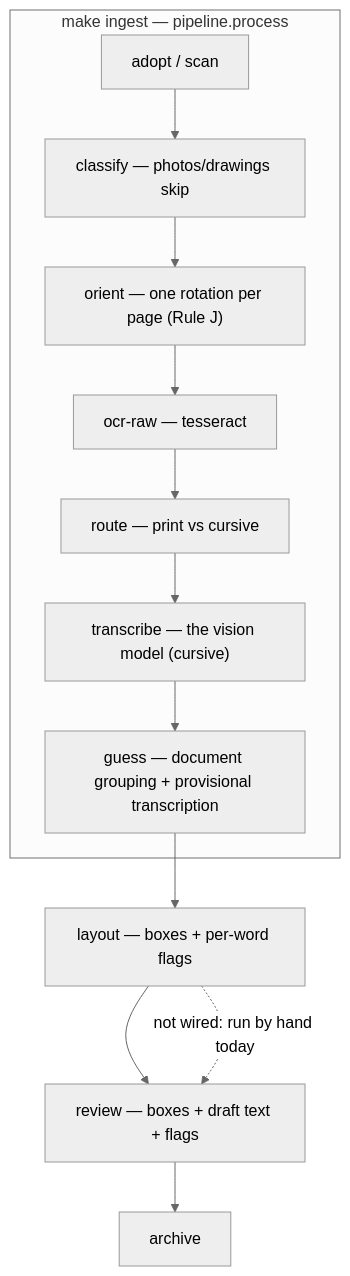
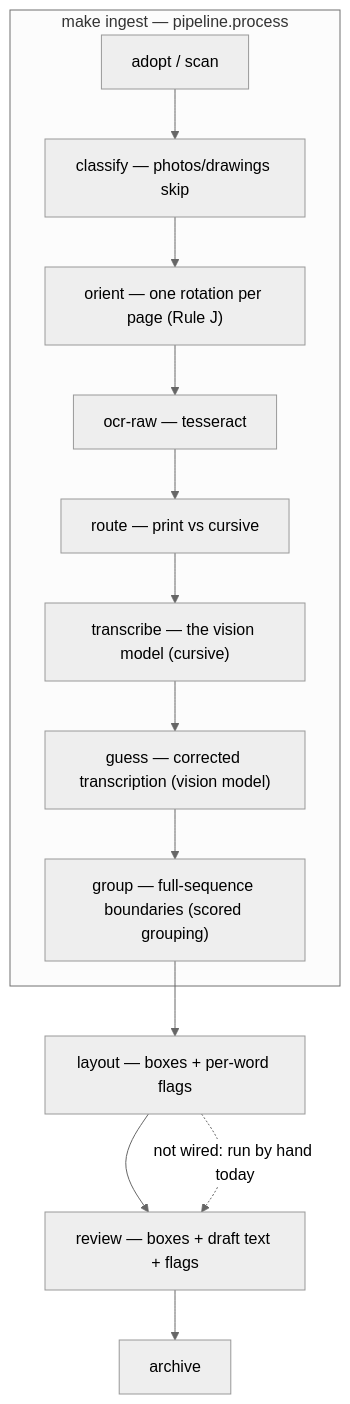
Before and after one commit to ashbywinch/the-loft: the diagram in docs/TECH-SPEC.md, drawn with Mermaid (neutral theme). The commit also changed other lines of this file and 82 other files, not shown here.

````diff
--- a/docs/TECH-SPEC.md
+++ b/docs/TECH-SPEC.md
@@ -635,15 +635,16 @@
 ```mermaid
 flowchart TB
     subgraph ingest["make ingest — pipeline.process"]
         A["adopt / scan"] --> B["classify — photos/drawings skip"]
         B --> C["orient — one rotation per page (Rule J)"]
         C --> D["ocr-raw — tesseract"]
         D --> E["route — print vs cursive"]
         E --> F["transcribe — the vision model (cursive)"]
-        F --> G["guess — document grouping + provisional transcription"]
+        F --> G["guess — corrected transcription (vision model)"]
+        G --> H["group — full-sequence boundaries (scored grouping)"]
     end
-    G --> L["layout — boxes + per-word flags"]
+    H --> L["layout — boxes + per-word flags"]
     L --> R["review — boxes + draft text + flags"]
     R --> P["archive"]
     L -. "not wired: run by hand today" .-> R
 ```
````
